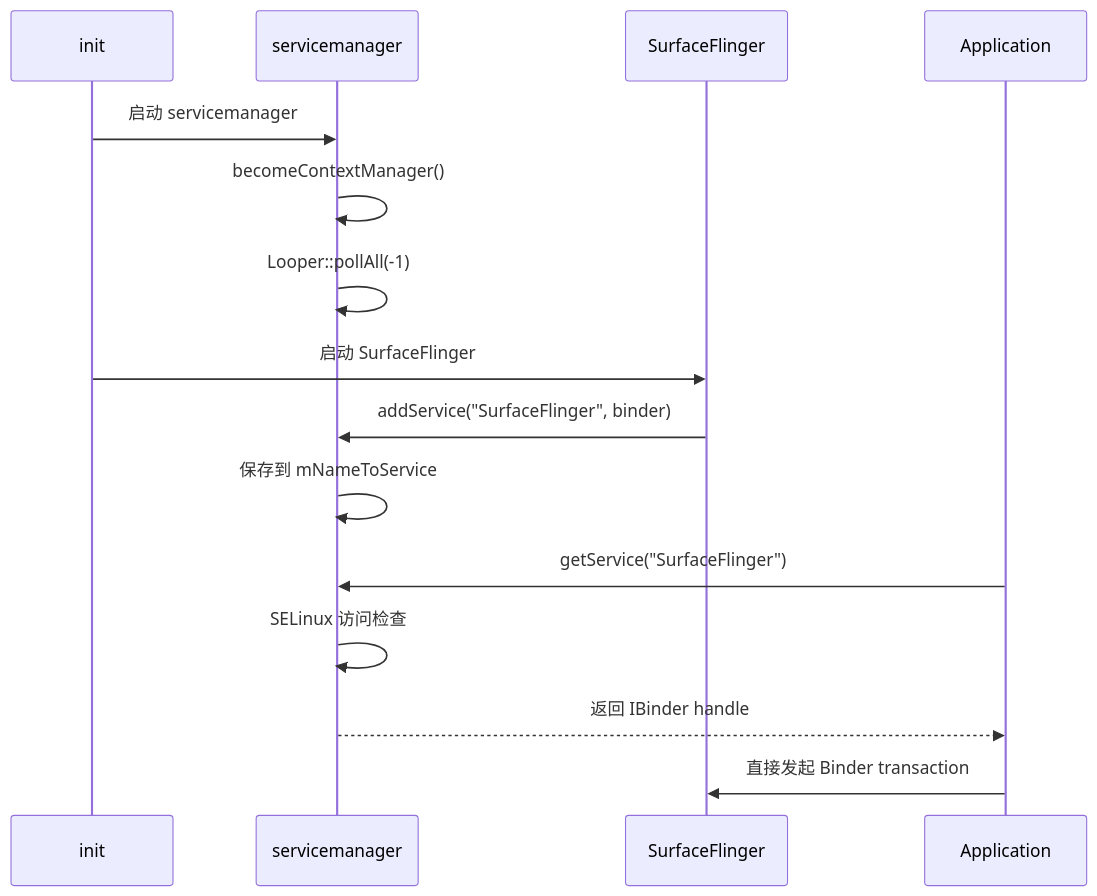
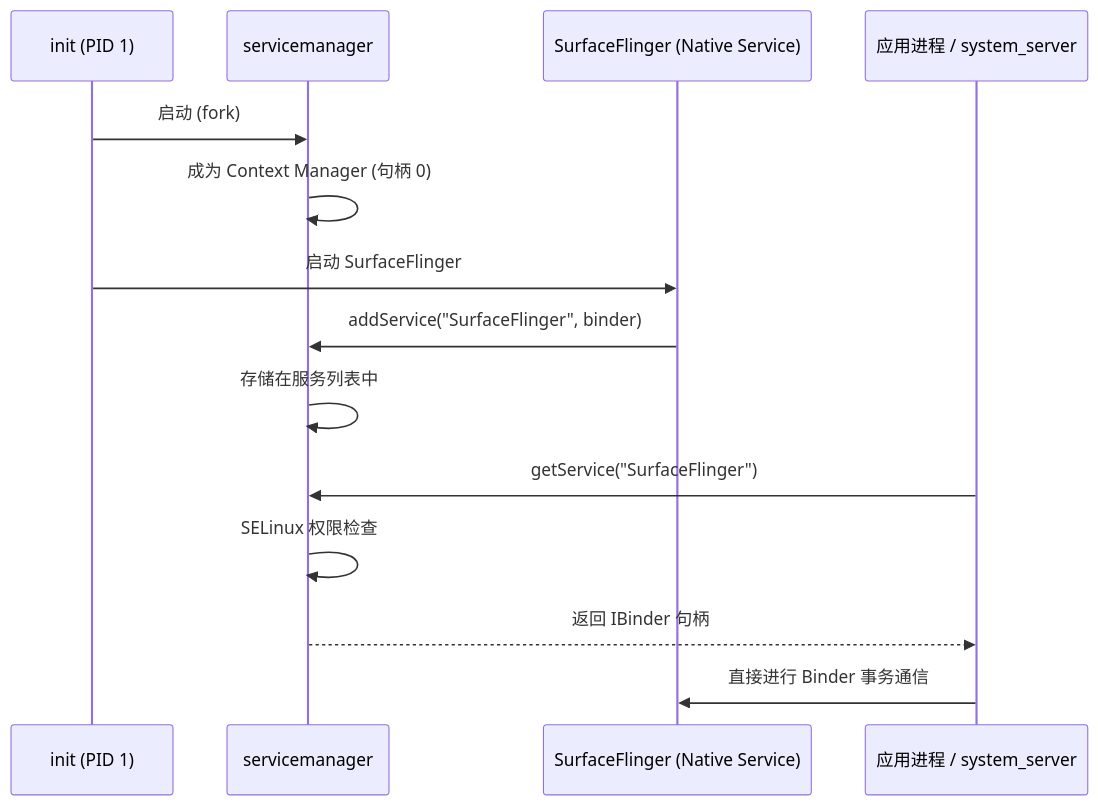
Before and after one commit to fwrite0920/aosp-internal-book: the second of 9 diagrams in 12-native-services-zh.md, drawn with Mermaid. The commit also changed other lines of this file and 63 other files, not shown here.

````diff
--- a/12-native-services-zh.md
+++ b/12-native-services-zh.md
@@ -26,20 +59,18 @@
 ```mermaid
 sequenceDiagram
-    participant Init as init
+    participant Init as init (PID 1)
     participant SM as servicemanager
-    participant SF as SurfaceFlinger
-    participant App as Application
+    participant SF as SurfaceFlinger (Native Service)
+    participant App as 应用进程 / system_server
 
-    Init->>SM: 启动 servicemanager
-    SM->>SM: becomeContextManager()
-    SM->>SM: Looper::pollAll(-1)
+    Init->>SM: 启动 (fork)
+    SM->>SM: 成为 Context Manager (句柄 0)
 
     Init->>SF: 启动 SurfaceFlinger
     SF->>SM: addService("SurfaceFlinger", binder)
-    SM->>SM: 保存到 mNameToService
-
+    SM->>SM: 存储在服务列表中
     App->>SM: getService("SurfaceFlinger")
-    SM->>SM: SELinux 访问检查
-    SM-->>App: 返回 IBinder handle
-    App->>SF: 直接发起 Binder transaction
+    SM->>SM: SELinux 权限检查
+    SM-->>App: 返回 IBinder 句柄
+    App->>SF: 直接进行 Binder 事务通信
 ```
````
